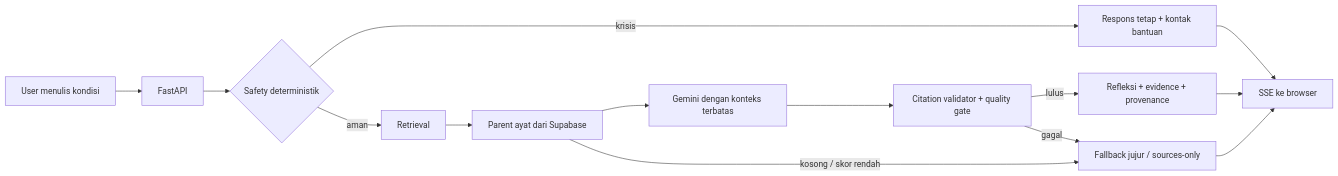
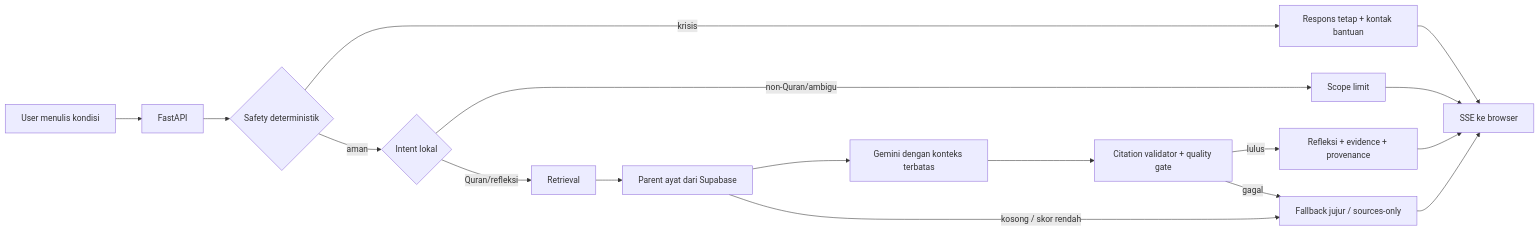
One commit to Irfandroid/qalbu-rag changed the first of 8 diagrams in docs/ARCHITECTURE.md. Above: the diagram before and after it, drawn with Mermaid. The commit also changed other lines of this file and 16 other files, not shown here.

````diff
--- a/docs/ARCHITECTURE.md
+++ b/docs/ARCHITECTURE.md
@@ -12,16 +12,19 @@
 ```mermaid
 flowchart LR
     U[User menulis kondisi] --> API[FastAPI]
     API --> SAFE{Safety deterministik}
     SAFE -->|krisis| FIXED[Respons tetap + kontak bantuan]
-    SAFE -->|aman| RET[Retrieval]
+    SAFE -->|aman| ROUTE{Intent lokal}
+    ROUTE -->|Quran/refleksi| RET[Retrieval]
+    ROUTE -->|non-Quran/ambigu| LIMIT[Scope limit]
     RET --> SRC[Parent ayat dari Supabase]
     SRC --> LLM[Gemini dengan konteks terbatas]
     LLM --> GATE[Citation validator + quality gate]
     GATE -->|lulus| OUT[Refleksi + evidence + provenance]
     GATE -->|gagal| FALLBACK[Fallback jujur / sources-only]
     SRC -->|kosong / skor rendah| FALLBACK
     FIXED --> SSE[SSE ke browser]
+    LIMIT --> SSE
     OUT --> SSE
     FALLBACK --> SSE
 ```
````
